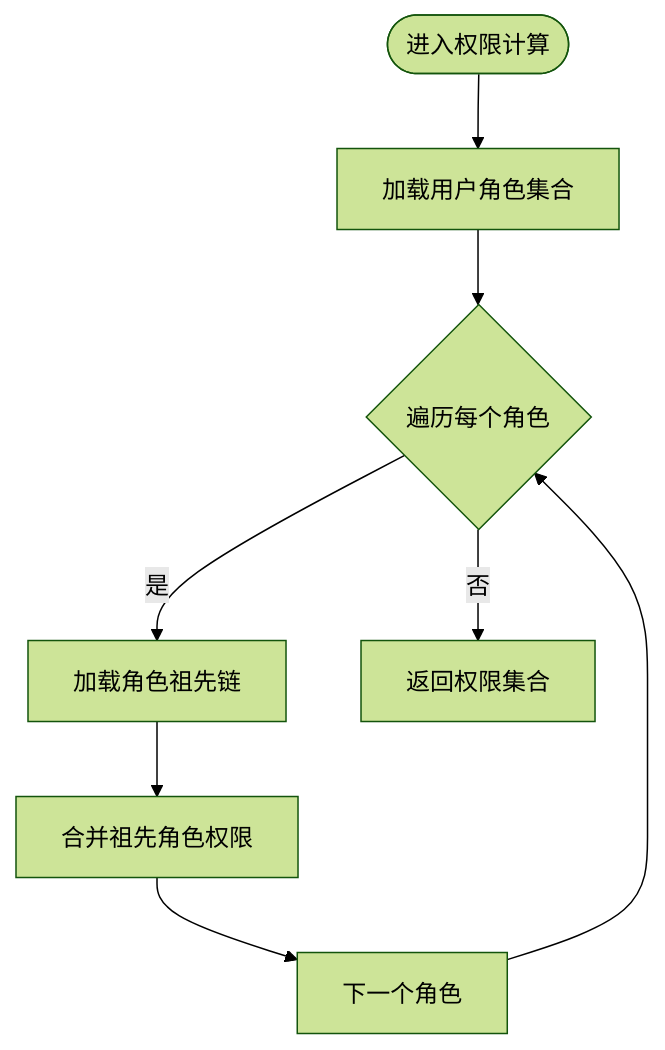
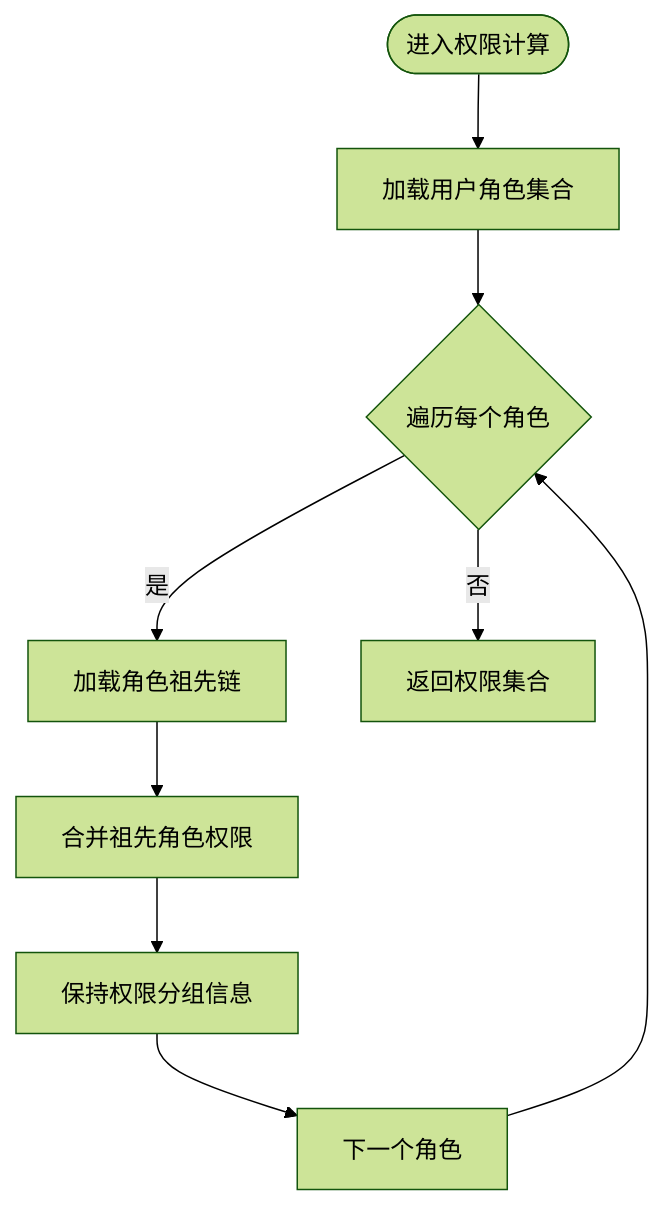
Before and after one commit to liming-lihaini/workflow: the sixth of 8 diagrams in .qoder/repowiki/zh/content/权限控制系统/RBAC权限模型.md, drawn with Mermaid (forest theme). The commit also changed other lines of this file and 46 other files, not shown here.

````diff
--- a/.qoder/repowiki/zh/content/权限控制系统/RBAC权限模型.md
+++ b/.qoder/repowiki/zh/content/权限控制系统/RBAC权限模型.md
@@ -350,10 +373,11 @@
 ```mermaid
 flowchart TD
 Enter(["进入权限计算"]) --> LoadRoles["加载用户角色集合"]
 LoadRoles --> ForEachRole{"遍历每个角色"}
 ForEachRole --> |是| LoadAncestors["加载角色祖先链"]
 LoadAncestors --> MergePerms["合并祖先角色权限"]
-MergePerms --> NextRole["下一个角色"]
+MergePerms --> GroupPreserve["保持权限分组信息"]
+GroupPreserve --> NextRole["下一个角色"]
 ForEachRole --> |否| ReturnSet["返回权限集合"]
 NextRole --> ForEachRole
 ```
````
